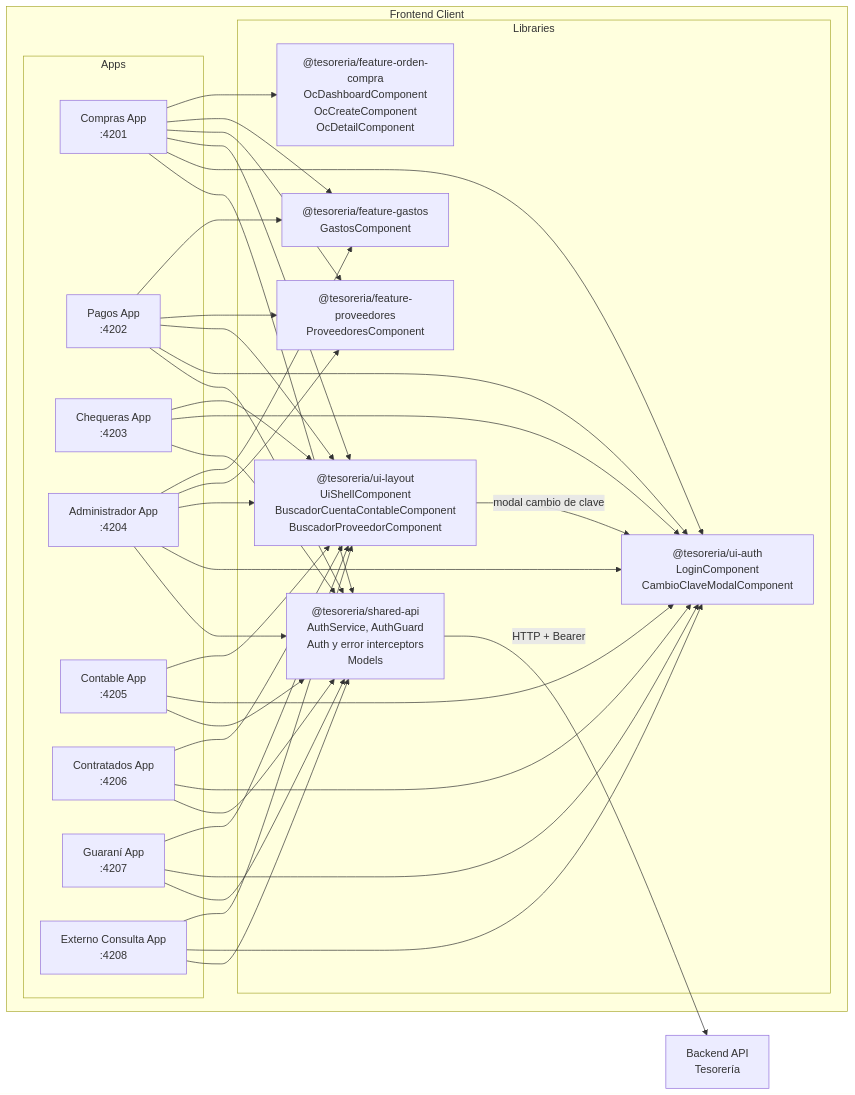
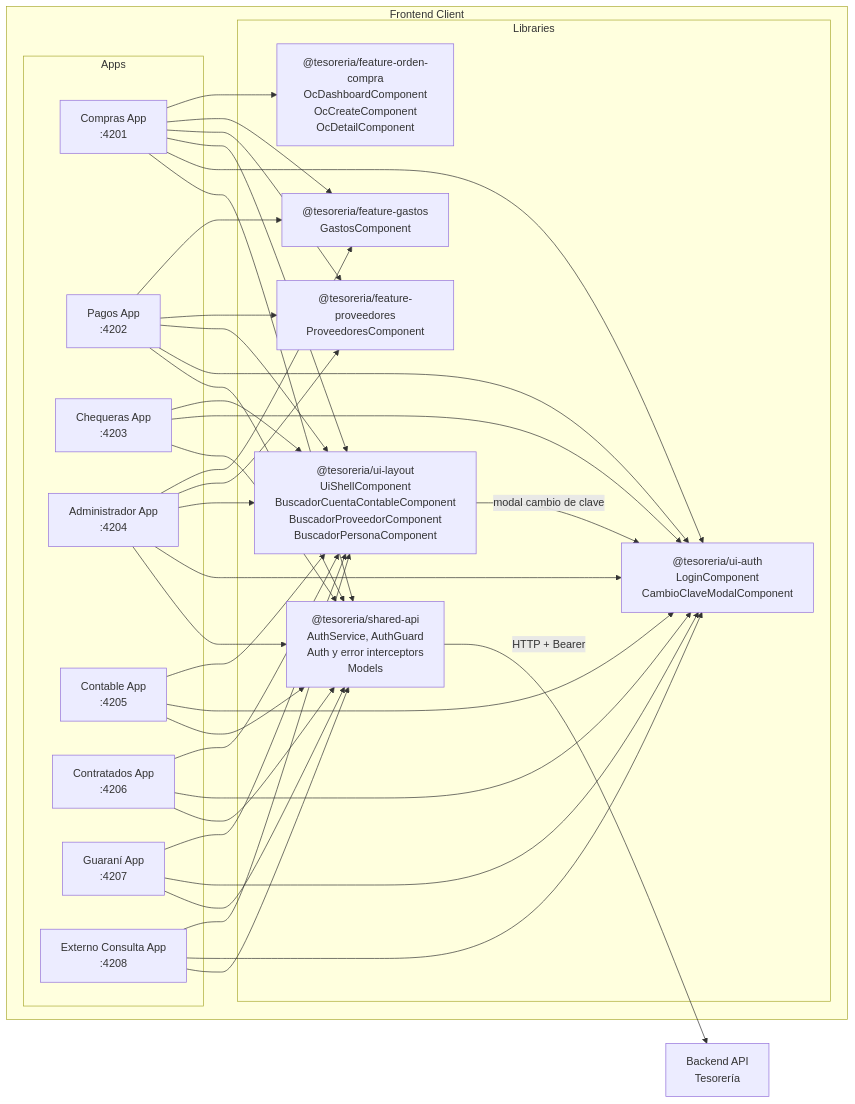
One commit to UM-services/UM.tesoreria.frontend-client changed the first of 8 diagrams in docs/architecture.md. Above: the diagram before and after it, drawn with Mermaid. The commit also changed other lines of this file and 2 other files, not shown here.

Commit message:
docs: estrategia del buscador de personas
Nueva docs/estrategia-buscador-persona.md con el porting de la búsqueda por
palabras del legacy: referencias de tesoreria.vb6 (txtPersona_KeyPress,
collectionSearch, findSearch/fillPersona), el contrato del backend
(PersonaController.findByStrings sobre vw_persona_key, AND de LIKE, tope 50)
y las decisiones de descartar el filtro por facultades y el endpoint de
sugerencias por usuario. README suma buscador-persona a los buscadores de
@tesoreria/ui-layout, documenta la consulta por persona en guaraní y
actualiza la versión; docs/architecture.md agrega BuscadorPersonaComponent
al nodo @tesoreria/ui-layout y su relación con Datos Personales.

````diff
--- a/docs/architecture.md
+++ b/docs/architecture.md
@@ -5,67 +5,67 @@
 ```mermaid
     flowchart LR
     subgraph "Frontend Client"
         subgraph "Apps"
             Compras["Compras App<br/>:4201"]
             Pagos["Pagos App<br/>:4202"]
             Chequeras["Chequeras App<br/>:4203"]
             Admin["Administrador App<br/>:4204"]
             Contable["Contable App<br/>:4205"]
             Contratados["Contratados App<br/>:4206"]
             Guarani["Guaraní App<br/>:4207"]
             ExternoConsulta["Externo Consulta App<br/>:4208"]
         end
 
         subgraph "Libraries"
             SharedAPI["@tesoreria/shared-api<br/>AuthService, AuthGuard<br/>Auth y error interceptors<br/>Models"]
             UIAuth["@tesoreria/ui-auth<br/>LoginComponent<br/>CambioClaveModalComponent"]
-            UILayout["@tesoreria/ui-layout<br/>UiShellComponent<br/>BuscadorCuentaContableComponent<br/>BuscadorProveedorComponent"]
+            UILayout["@tesoreria/ui-layout<br/>UiShellComponent<br/>BuscadorCuentaContableComponent<br/>BuscadorProveedorComponent<br/>BuscadorPersonaComponent"]
             FeatureProveedores["@tesoreria/feature-proveedores<br/>ProveedoresComponent"]
             FeatureGastos["@tesoreria/feature-gastos<br/>GastosComponent"]
             FeatureOrdenCompra["@tesoreria/feature-orden-compra<br/>OcDashboardComponent<br/>OcCreateComponent<br/>OcDetailComponent"]
         end
     end
 
     Compras --> SharedAPI
     Compras --> UIAuth
     Compras --> UILayout
     Compras --> FeatureProveedores
     Compras --> FeatureGastos
     Compras --> FeatureOrdenCompra
 
     Pagos --> SharedAPI
     Pagos --> UIAuth
     Pagos --> UILayout
     Pagos --> FeatureProveedores
     Pagos --> FeatureGastos
 
     Chequeras --> SharedAPI
     Chequeras --> UIAuth
     Chequeras --> UILayout
 
     Admin --> SharedAPI
     Admin --> UIAuth
     Admin --> UILayout
     Admin --> FeatureProveedores
     Admin --> FeatureGastos
 
     Contable --> SharedAPI
     Contable --> UIAuth
     Contable --> UILayout
 
     Contratados --> SharedAPI
     Contratados --> UIAuth
     Contratados --> UILayout
 
     Guarani --> SharedAPI
     Guarani --> UIAuth
     Guarani --> UILayout
 
     ExternoConsulta --> SharedAPI
     ExternoConsulta --> UIAuth
     ExternoConsulta --> UILayout
 
     UILayout -->|"modal cambio de clave"| UIAuth
 
     SharedAPI -->|"HTTP + Bearer"| BackendAPI["Backend API<br/>Tesorería"]
 ```
````
